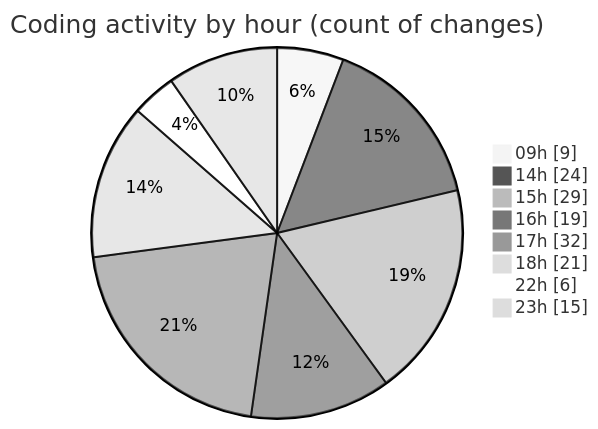
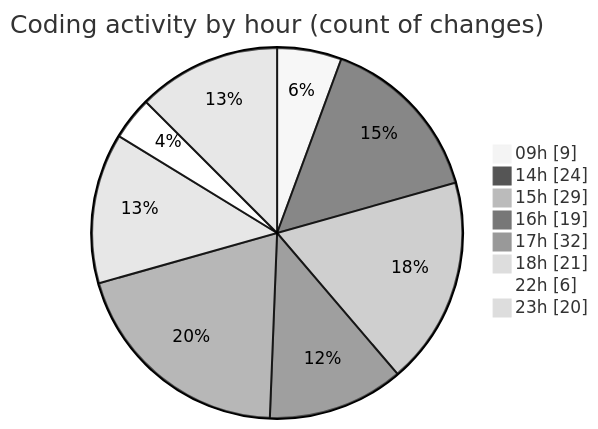
The second of 2 diagrams in 2025-11-25/eventscop-frontend-guide__workspace_/README.md (julien-gomy/code-tracking), drawn with Mermaid (neutral theme) before and after one commit. The commit also changed other lines of this file and 1 other file, not shown here.

````diff
--- a/2025-11-25/eventscop-frontend-guide__workspace_/README.md
+++ b/2025-11-25/eventscop-frontend-guide__workspace_/README.md
@@ -57,12 +58,12 @@
 ```mermaid
 pie showData
 title Coding activity by hour (count of changes)
 "09h" : 9
 "14h" : 24
 "15h" : 29
 "16h" : 19
 "17h" : 32
 "18h" : 21
 "22h" : 6
-"23h" : 15
+"23h" : 20
 ```
````
